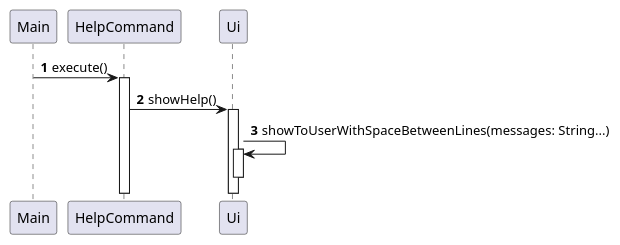
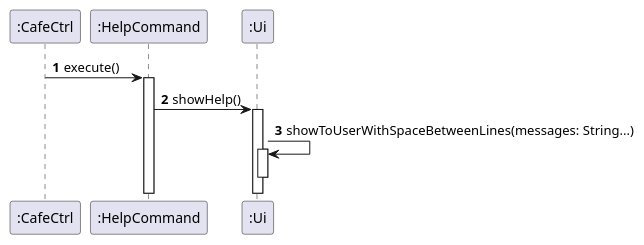
One commit to nus-cs2113-AY2324S1/tp changed the diagram in docs/diagrams/sequence/HelpCommand_execute.puml. Above: the diagram before and after it, drawn with PlantUML. The commit also changed 4 other files, not shown here.

```diff
--- a/docs/diagrams/sequence/HelpCommand_execute.puml
+++ b/docs/diagrams/sequence/HelpCommand_execute.puml
@@ -1,14 +1,14 @@
 @startuml
 'https://plantuml.com/sequence-diagram
 
 autonumber
 
-Main -> HelpCommand: execute()
-activate HelpCommand
-HelpCommand -> Ui: showHelp()
-activate Ui
-Ui -> Ui: showToUserWithSpaceBetweenLines(messages: String...)
-activate Ui
-deactivate Ui
+":CafeCtrl" -> ":HelpCommand": execute()
+activate ":HelpCommand"
+":HelpCommand" -> ":Ui": showHelp()
+activate ":Ui"
+":Ui" -> ":Ui": showToUserWithSpaceBetweenLines(messages: String...)
+activate ":Ui"
+deactivate ":Ui"
 
 @enduml
```
